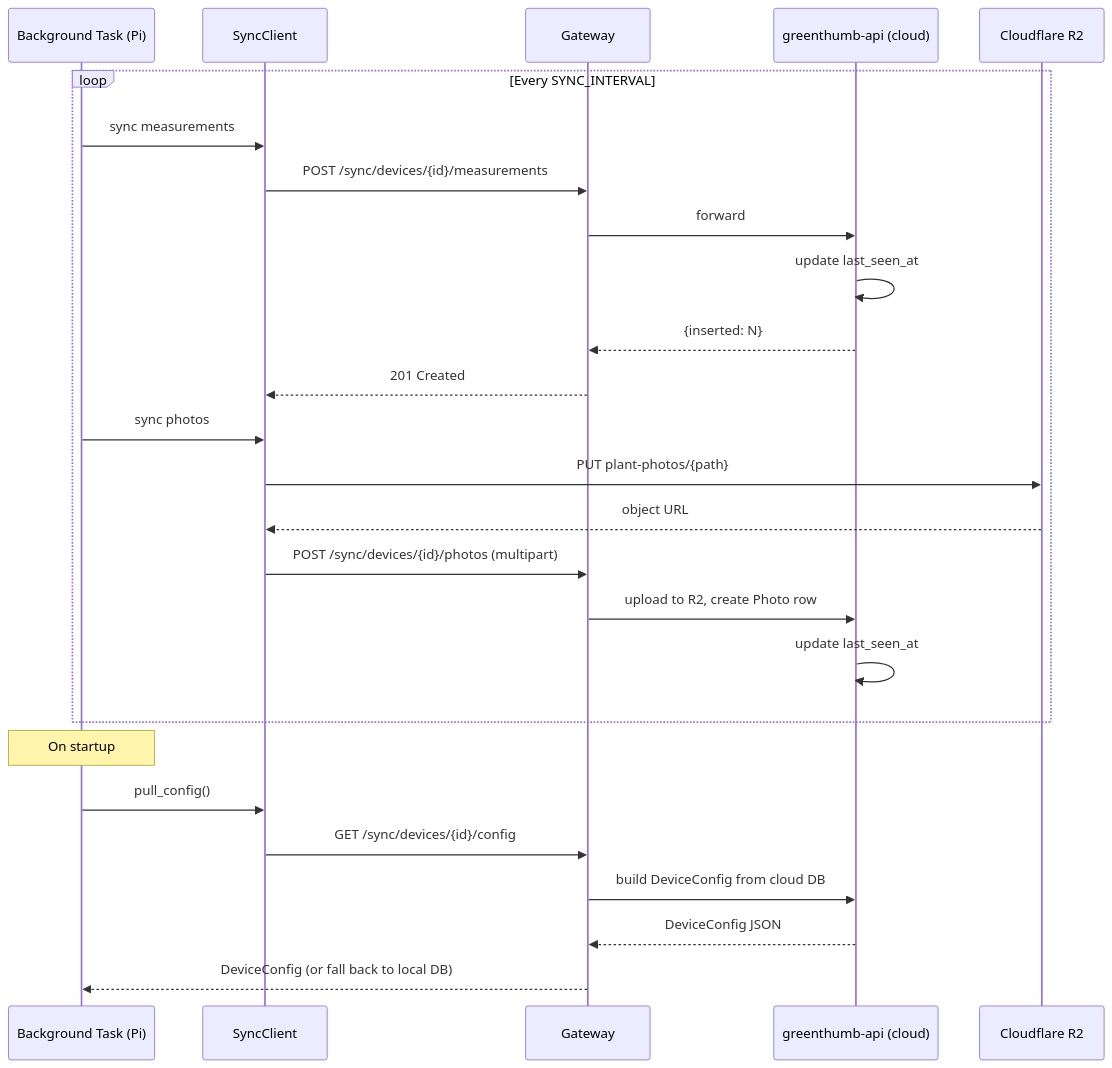
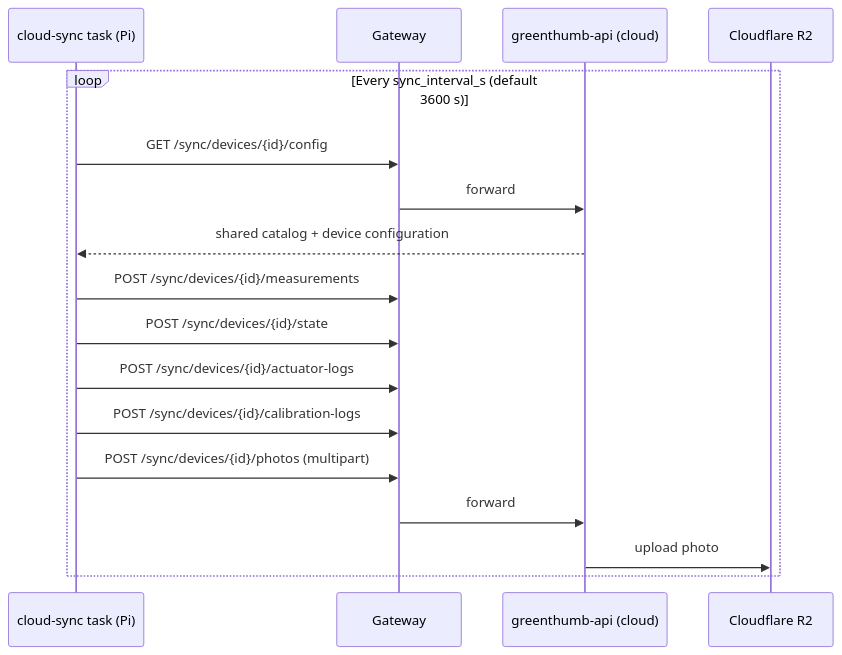
Before and after one commit to GreenThumbProject/docs: the third of 3 diagrams in docs/architecture/overview.md, drawn with Mermaid. The commit also changed other lines of this file and 36 other files, not shown here.

````diff
--- a/docs/architecture/overview.md
+++ b/docs/architecture/overview.md
@@ -151,31 +160,20 @@
 ```mermaid
 sequenceDiagram
-    participant BG as Background Task (Pi)
-    participant SYNC as SyncClient
+    participant BG as cloud-sync task (Pi)
     participant GW as Gateway
     participant API as greenthumb-api (cloud)
-    participant SUPA as Cloudflare R2
+    participant R2 as Cloudflare R2
 
-    loop Every SYNC_INTERVAL
-        BG->>SYNC: sync measurements
-        SYNC->>GW: POST /sync/devices/{id}/measurements
+    loop Every sync_interval_s (default 3600 s)
+        BG->>GW: GET /sync/devices/{id}/config
         GW->>API: forward
-        API->>API: update last_seen_at
-        API-->>GW: {inserted: N}
-        GW-->>SYNC: 201 Created
-
-        BG->>SYNC: sync photos
-        SYNC->>SUPA: PUT plant-photos/{path}
-        SUPA-->>SYNC: object URL
-        SYNC->>GW: POST /sync/devices/{id}/photos (multipart)
-        GW->>API: upload to R2, create Photo row
-        API->>API: update last_seen_at
+        API-->>BG: shared catalog + device configuration
+        BG->>GW: POST /sync/devices/{id}/measurements
+        BG->>GW: POST /sync/devices/{id}/state
+        BG->>GW: POST /sync/devices/{id}/actuator-logs
+        BG->>GW: POST /sync/devices/{id}/calibration-logs
+        BG->>GW: POST /sync/devices/{id}/photos (multipart)
+        GW->>API: forward
+        API->>R2: upload photo
     end
-
-    Note over BG: On startup
-    BG->>SYNC: pull_config()
-    SYNC->>GW: GET /sync/devices/{id}/config
-    GW->>API: build DeviceConfig from cloud DB
-    API-->>GW: DeviceConfig JSON
-    GW-->>BG: DeviceConfig (or fall back to local DB)
 ```
````
